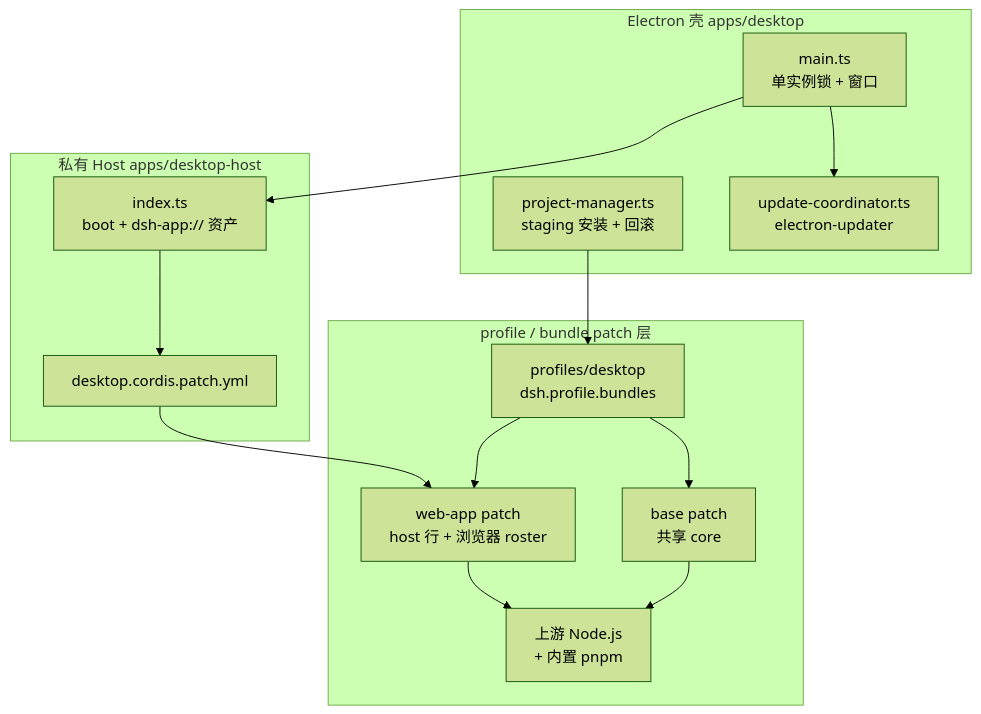
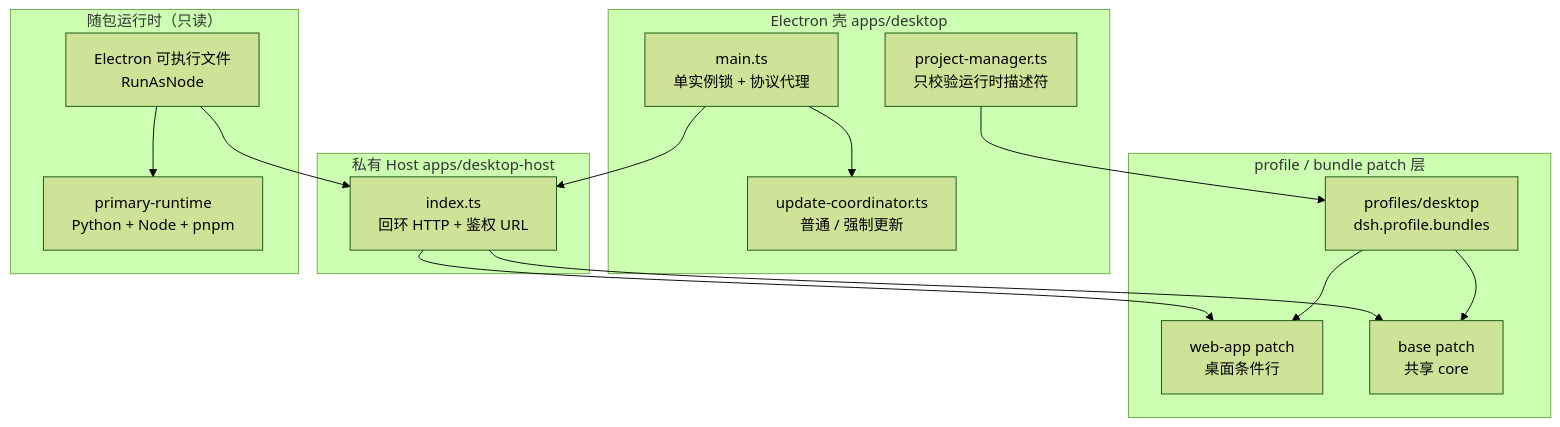
One commit to morehao/oss-insights changed the second of 4 diagrams in ai-agent/deepseek-harness/deployment.md. Above: the diagram before and after it, drawn with Mermaid (forest theme). The commit also changed other lines of this file and 28 other files, not shown here.

````diff
--- a/ai-agent/deepseek-harness/deployment.md
+++ b/ai-agent/deepseek-harness/deployment.md
@@ -108,27 +126,29 @@
 ```mermaid
 graph TB
     subgraph SHELL["Electron 壳 apps/desktop"]
-        MAIN["main.ts<br>单实例锁 + 窗口"]
-        PROJ["project-manager.ts<br>staging 安装 + 回滚"]
-        UPD["update-coordinator.ts<br>electron-updater"]
+        MAIN["main.ts<br>单实例锁 + 协议代理"]
+        PROJ["project-manager.ts<br>只校验运行时描述符"]
+        UPD["update-coordinator.ts<br>普通 / 强制更新"]
     end
     subgraph HOSTP["私有 Host apps/desktop-host"]
-        HOST["index.ts<br>boot + dsh-app:// 资产"]
-        OVER["desktop.cordis.patch.yml"]
+        HOST["index.ts<br>回环 HTTP + 鉴权 URL"]
     end
     subgraph LAYER["profile / bundle patch 层"]
         PROF["profiles/desktop<br>dsh.profile.bundles"]
-        WEB["web-app patch<br>host 行 + 浏览器 roster"]
+        WEB["web-app patch<br>桌面条件行"]
         BASE["base patch<br>共享 core"]
-        NODE["上游 Node.js<br>+ 内置 pnpm"]
+    end
+    subgraph RUNTIME["随包运行时（只读）"]
+        ELECTRON["Electron 可执行文件<br>RunAsNode"]
+        PRIMARY["primary-runtime<br>Python + Node + pnpm"]
     end
     MAIN --> HOST
     PROJ --> PROF
-    HOST --> OVER
-    OVER --> WEB
     PROF --> WEB
     PROF --> BASE
-    WEB --> NODE
-    BASE --> NODE
+    HOST --> WEB
+    HOST --> BASE
+    ELECTRON --> HOST
+    ELECTRON --> PRIMARY
     MAIN --> UPD
 ```
````
